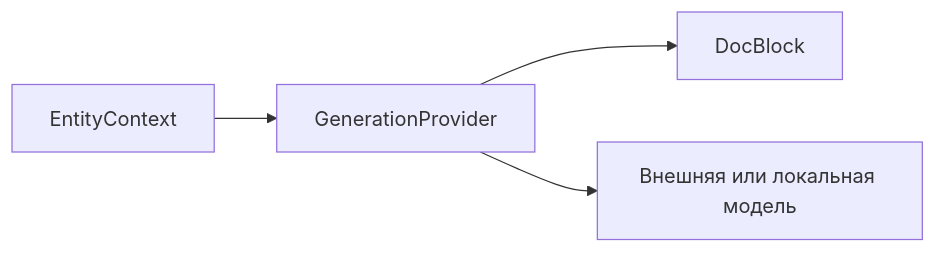
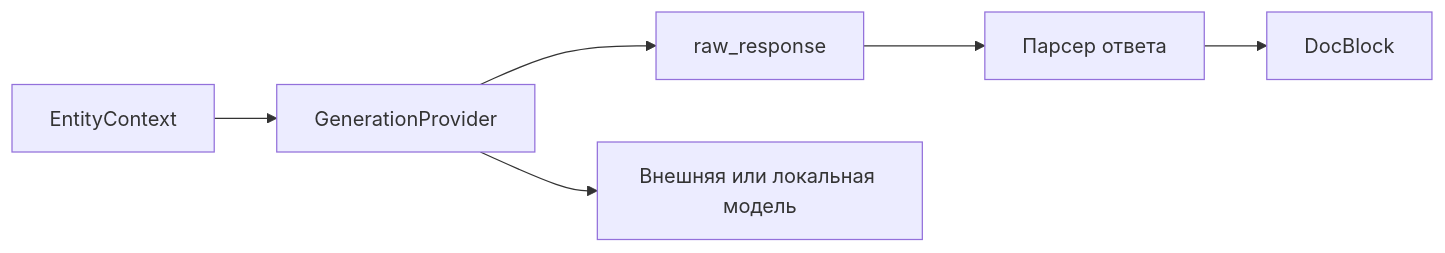
One commit to Andryss/AnDocGen changed the second of 3 diagrams in docs/architecture.md. Above: the diagram before and after it, drawn with Mermaid. The commit also changed other lines of this file and 1 other file, not shown here.

````diff
--- a/docs/architecture.md
+++ b/docs/architecture.md
@@ -65,6 +76,8 @@
 ```mermaid
 flowchart LR
     EntityContext[EntityContext] --> Provider[GenerationProvider]
-    Provider --> DocBlock[DocBlock]
+    Provider --> RawResponse[raw_response]
+    RawResponse --> Parser[Парсер ответа]
+    Parser --> DocBlock[DocBlock]
     Provider --> LLM[Внешняя или локальная модель]
 ```
````
